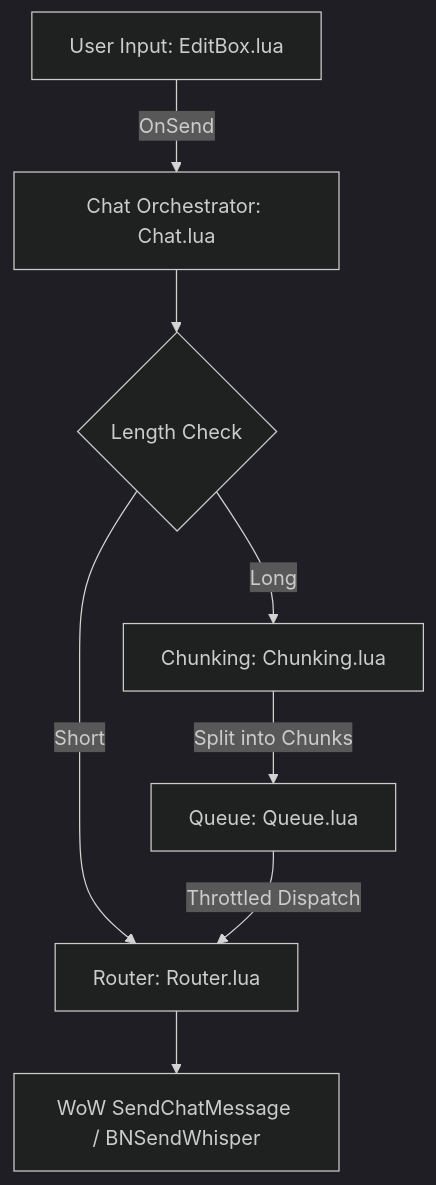
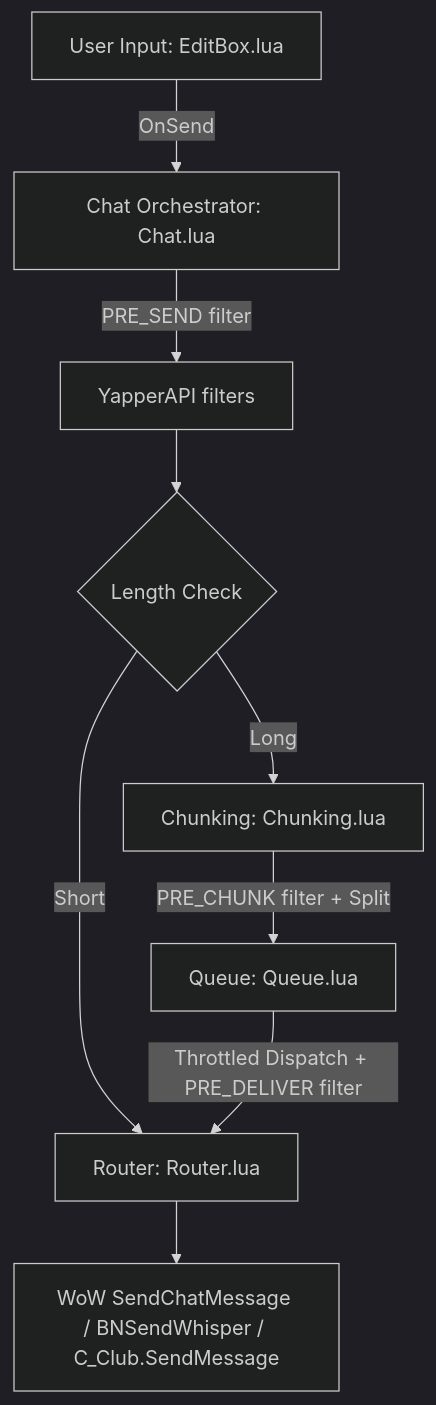
Before and after one commit to TenaarFeiri/WoW-Yapper: the diagram in Documentation/Architecture.md, drawn with Mermaid (dark theme). The commit also changed other lines of this file and 8 other files, not shown here.

````diff
--- a/Documentation/Architecture.md
+++ b/Documentation/Architecture.md
@@ -11,10 +11,11 @@
 ```mermaid
 graph TD
     A[User Input: EditBox.lua] -->|OnSend| B[Chat Orchestrator: Chat.lua]
-    B --> C{Length Check}
+    B -->|PRE_SEND filter| F[YapperAPI filters]
+    F --> C{Length Check}
     C -->|Short| D[Router: Router.lua]
     C -->|Long| E[Chunking: Chunking.lua]
-    E -->|Split into Chunks| F[Queue: Queue.lua]
-    F -->|Throttled Dispatch| D
-    D --> G[WoW SendChatMessage / BNSendWhisper]
+    E -->|PRE_CHUNK filter + Split| G[Queue: Queue.lua]
+    G -->|Throttled Dispatch + PRE_DELIVER filter| D
+    D --> H[WoW SendChatMessage / BNSendWhisper / C_Club.SendMessage]
 ```
````
